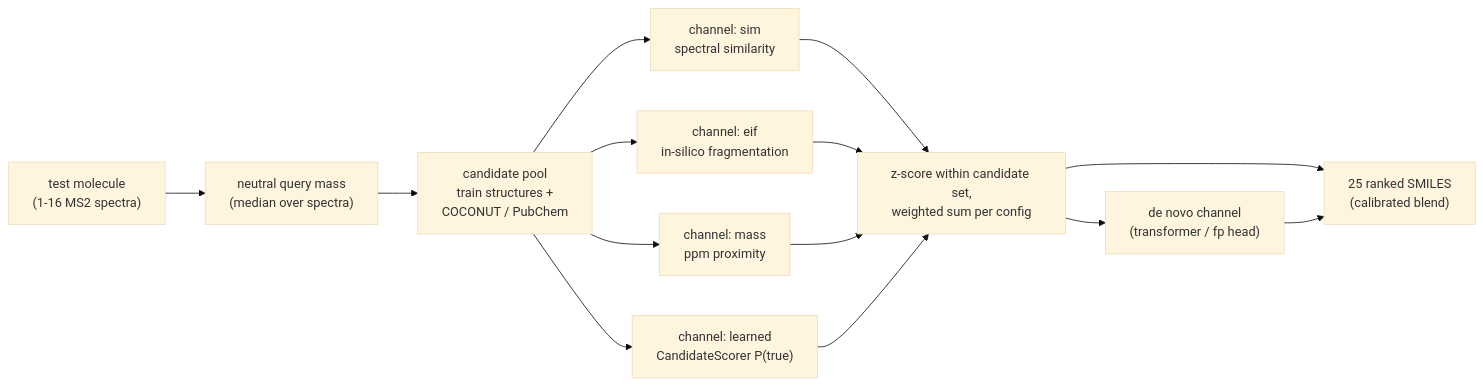
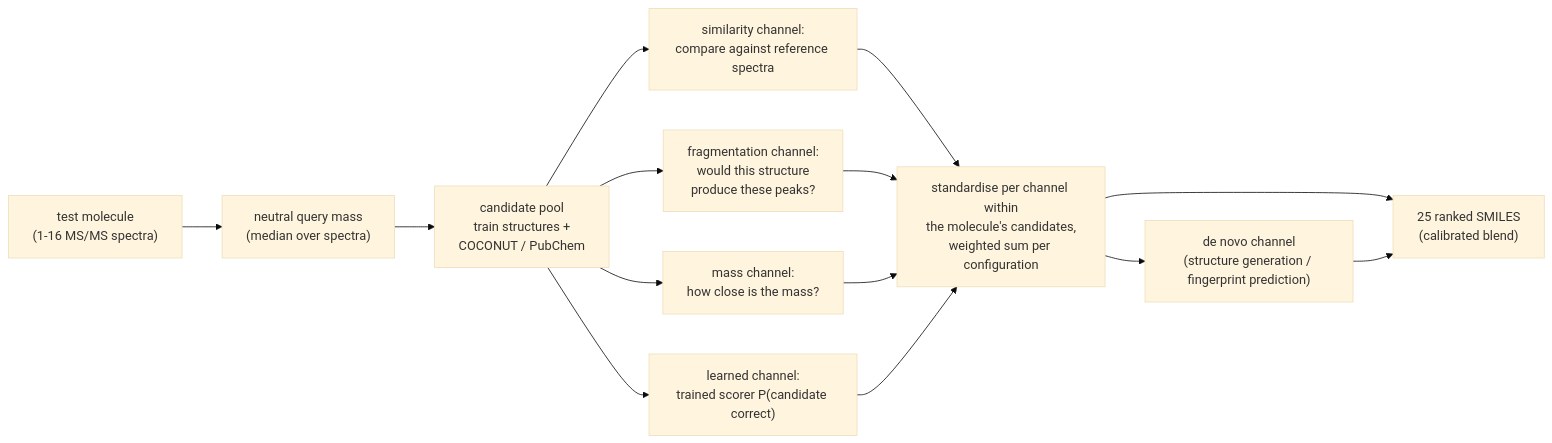
The diagram in kb/wiki/concepts/solution/index.md (MaxDietsch/enveda-casmi), drawn with Mermaid (base theme) before and after one commit. The commit also changed other lines of this file and 33 other files, not shown here.

````diff
--- a/kb/wiki/concepts/solution/index.md
+++ b/kb/wiki/concepts/solution/index.md
@@ -14,12 +14,12 @@
 ```mermaid
 flowchart LR
-    S["test molecule<br/>(1-16 MS2 spectra)"] --> Q["neutral query mass<br/>(median over spectra)"]
+    S["test molecule<br/>(1-16 MS/MS spectra)"] --> Q["neutral query mass<br/>(median over spectra)"]
     Q --> C["candidate pool<br/>train structures +<br/>COCONUT / PubChem"]
-    C --> CH1["channel: sim<br/>spectral similarity"]
-    C --> CH2["channel: eif<br/>in-silico fragmentation"]
-    C --> CH3["channel: mass<br/>ppm proximity"]
-    C --> CH4["channel: learned<br/>CandidateScorer P(true)"]
-    CH1 & CH2 & CH3 & CH4 --> Z["z-score within candidate set,<br/>weighted sum per config"]
-    Z --> DN["de novo channel<br/>(transformer / fp head)"]
+    C --> CH1["similarity channel:<br/>compare against reference spectra"]
+    C --> CH2["fragmentation channel:<br/>would this structure<br/>produce these peaks?"]
+    C --> CH3["mass channel:<br/>how close is the mass?"]
+    C --> CH4["learned channel:<br/>trained scorer P(candidate correct)"]
+    CH1 & CH2 & CH3 & CH4 --> Z["standardise per channel within<br/>the molecule's candidates,<br/>weighted sum per configuration"]
+    Z --> DN["de novo channel<br/>(structure generation / fingerprint prediction)"]
     Z & DN --> R["25 ranked SMILES<br/>(calibrated blend)"]
 ```
````
